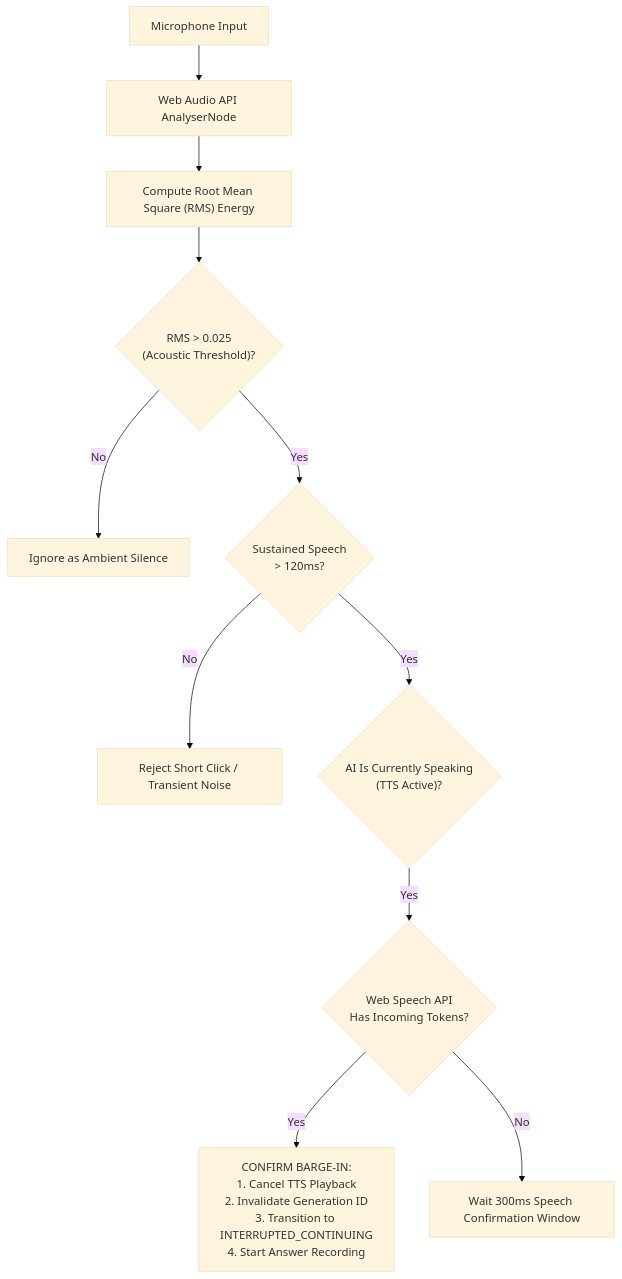
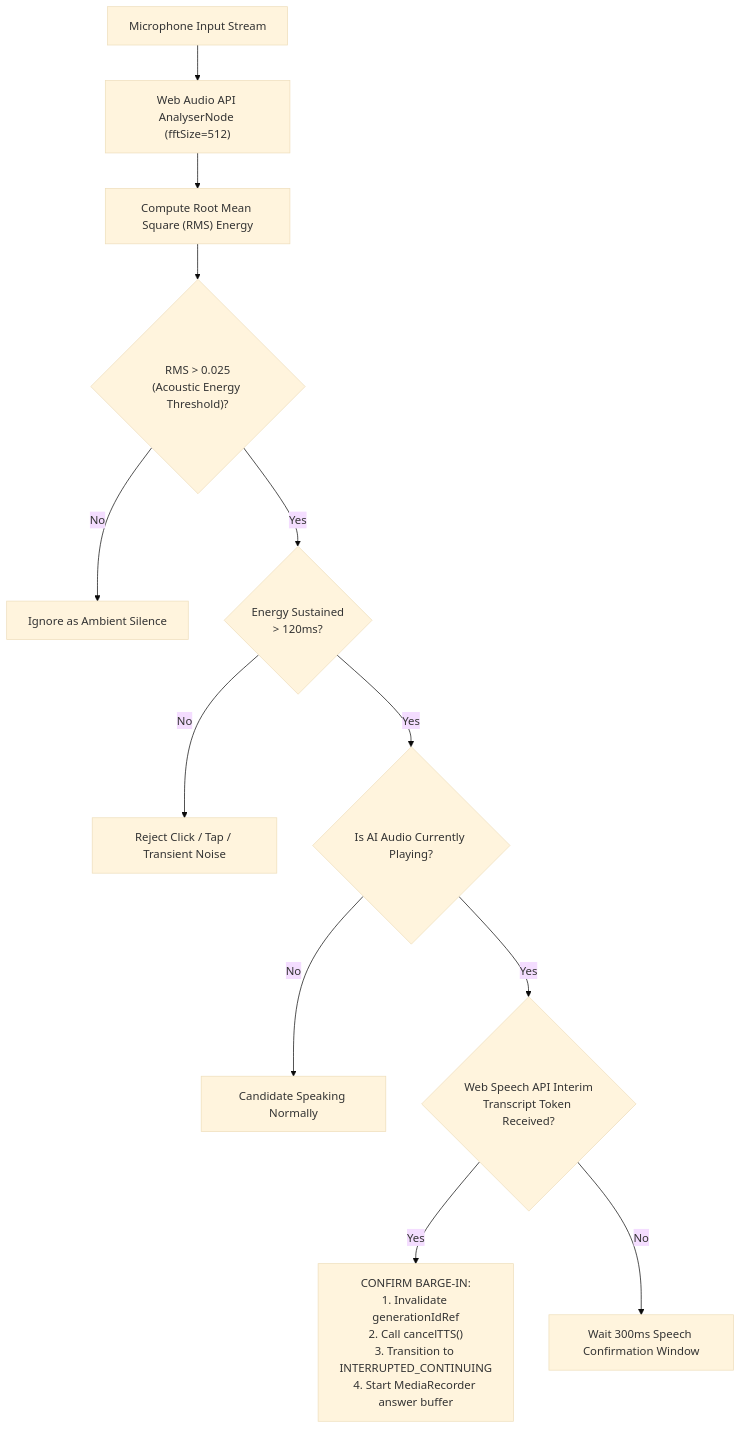
The second of 2 diagrams in docs/CONVERSATIONAL_ENGINE.md (Noob-code7/InterviewApp), drawn with Mermaid (base theme) before and after one commit. The commit also changed other lines of this file and 8 other files, not shown here.

Commit message:
docs: enrich architecture documentation with deep engineering blueprints, mathematical formulations, and sequence diagrams

````diff
--- a/docs/CONVERSATIONAL_ENGINE.md
+++ b/docs/CONVERSATIONAL_ENGINE.md
@@ -64,16 +67,18 @@
 ```mermaid
 flowchart TD
-    Mic["Microphone Input"] --> Analyser["Web Audio API AnalyserNode"]
+    AudioStream["Microphone Input Stream"] --> Analyser["Web Audio API AnalyserNode (fftSize=512)"]
     Analyser --> RMS["Compute Root Mean Square (RMS) Energy"]
     
-    RMS --> CheckRMS{"RMS > 0.025\n(Acoustic Threshold)?"}
-    CheckRMS -- No --> IgnoreNoise["Ignore as Ambient Silence"]
-    CheckRMS -- Yes --> CheckDuration{"Sustained Speech\n> 120ms?"}
+    RMS --> CheckThreshold{"RMS > 0.025\n(Acoustic Energy Threshold)?"}
+    CheckThreshold -- No --> BackgroundNoise["Ignore as Ambient Silence"]
+    CheckThreshold -- Yes --> CheckSustained{"Energy Sustained\n> 120ms?"}
     
-    CheckDuration -- No --> RejectSpike["Reject Short Click / Transient Noise"]
-    CheckDuration -- Yes --> CheckState{"AI Is Currently Speaking\n(TTS Active)?"}
+    CheckSustained -- No --> TransientNoise["Reject Click / Tap / Transient Noise"]
+    CheckSustained -- Yes --> CheckTTSState{"Is AI Audio Currently Playing?"}
     
-    CheckState -- Yes --> STTConfirm{"Web Speech API\nHas Incoming Tokens?"}
-    STTConfirm -- Yes --> TriggerBargeIn["CONFIRM BARGE-IN:\n1. Cancel TTS Playback\n2. Invalidate Generation ID\n3. Transition to INTERRUPTED_CONTINUING\n4. Start Answer Recording"]
-    STTConfirm -- No --> WaitGrace["Wait 300ms Speech Confirmation Window"]
+    CheckTTSState -- No --> ActiveSpeaking["Candidate Speaking Normally"]
+    CheckTTSState -- Yes --> SpeechTokenCheck{"Web Speech API Interim\nTranscript Token Received?"}
+    
+    SpeechTokenCheck -- Yes --> ConfirmBargeIn["CONFIRM BARGE-IN:\n1. Invalidate generationIdRef\n2. Call cancelTTS()\n3. Transition to INTERRUPTED_CONTINUING\n4. Start MediaRecorder answer buffer"]
+    SpeechTokenCheck -- No --> DebounceWindow["Wait 300ms Speech Confirmation Window"]
 ```
````
